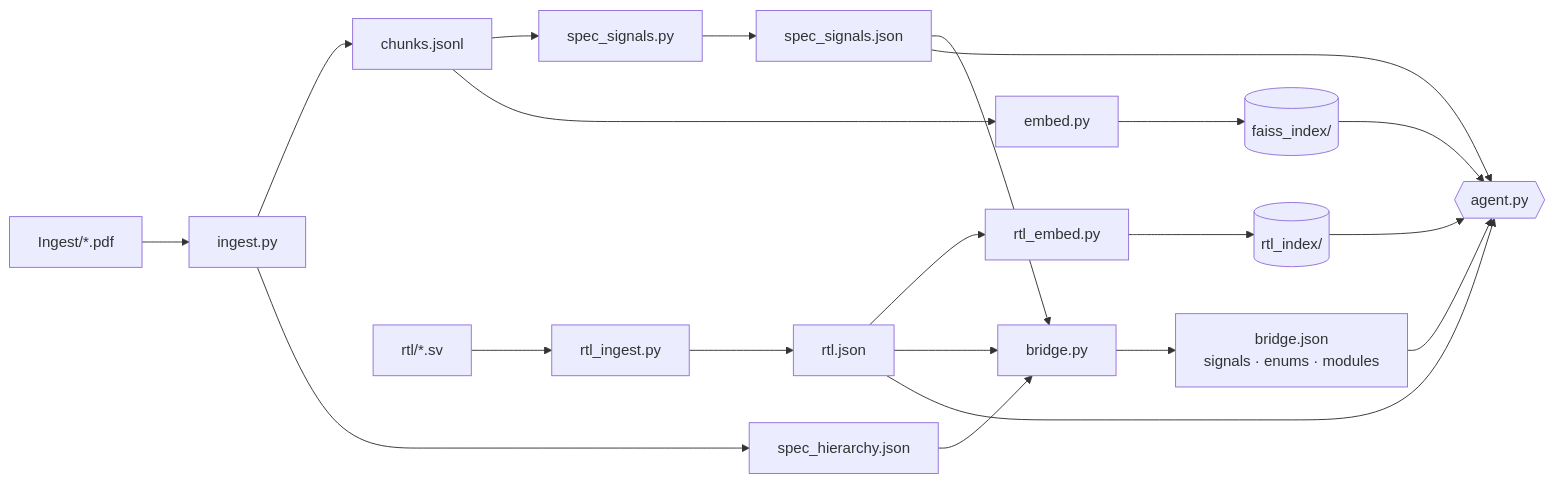
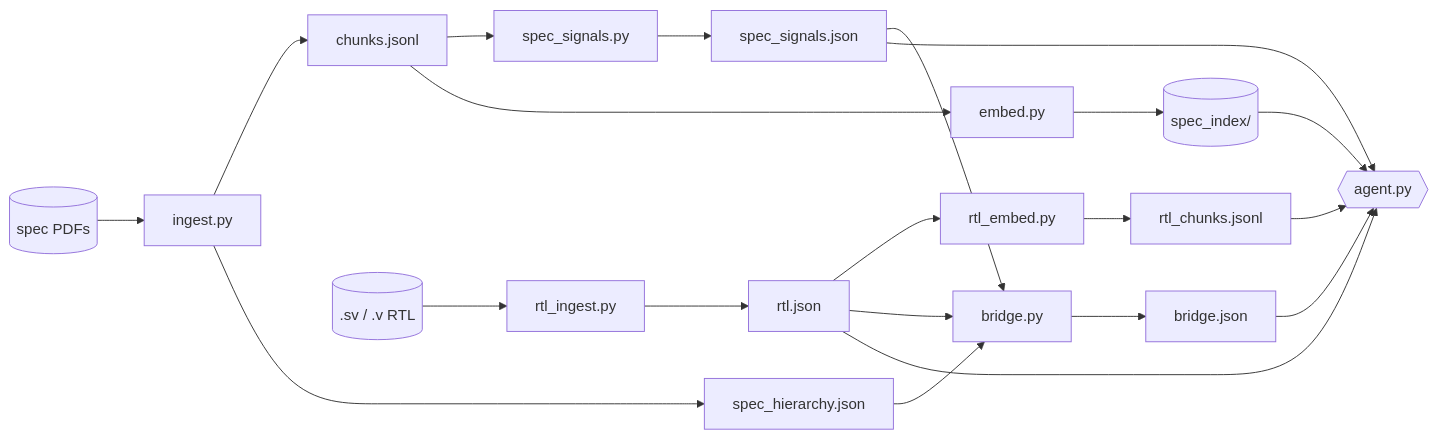
Before and after one commit to marwanelhayes/Dual-RAG: the diagram in docs/ARCHITECTURE.md, drawn with Mermaid. The commit also changed other lines of this file and 5 other files, not shown here.

First line of the commit message:
docs/current-architecture: architecture docs describe the simplified system

````diff
--- a/docs/ARCHITECTURE.md
+++ b/docs/ARCHITECTURE.md
@@ -30,19 +31,17 @@
 ```mermaid
 flowchart LR
-  PDF[Ingest/*.pdf] --> ING[ingest.py]
-  ING --> CH[chunks.jsonl]
-  ING --> HI[spec_hierarchy.json]
-  CH --> SS[spec_signals.py] --> SIG[spec_signals.json]
-  CH --> EMB[embed.py] --> FA[(faiss_index/)]
-  SV[rtl/*.sv] --> RI[rtl_ingest.py] --> RJ[rtl.json]
-  RJ --> RE[rtl_embed.py] --> RFA[(rtl_index/)]
-  SIG --> BR[bridge.py]
+  PDF[(spec PDFs)] --> ING[ingest.py] --> CH[chunks.jsonl] & HI[spec_hierarchy.json]
+  CH --> SIG[spec_signals.py] --> SJ[spec_signals.json]
+  CH --> EMB[embed.py] --> IDX[(spec_index/)]
+  SV[(.sv / .v RTL)] --> RI[rtl_ingest.py] --> RJ[rtl.json]
+  RJ --> RE[rtl_embed.py] --> RC[rtl_chunks.jsonl]
+  SJ --> BR[bridge.py]
   RJ --> BR
   HI --> BR
-  BR --> BJ["bridge.json<br/>signals · enums · modules"]
-  FA --> AG{{agent.py}}
-  RFA --> AG
+  BR --> BJ[bridge.json]
+  IDX --> AG{{agent.py}}
+  RC --> AG
   BJ --> AG
-  SIG --> AG
+  SJ --> AG
   RJ --> AG
 ```
````
